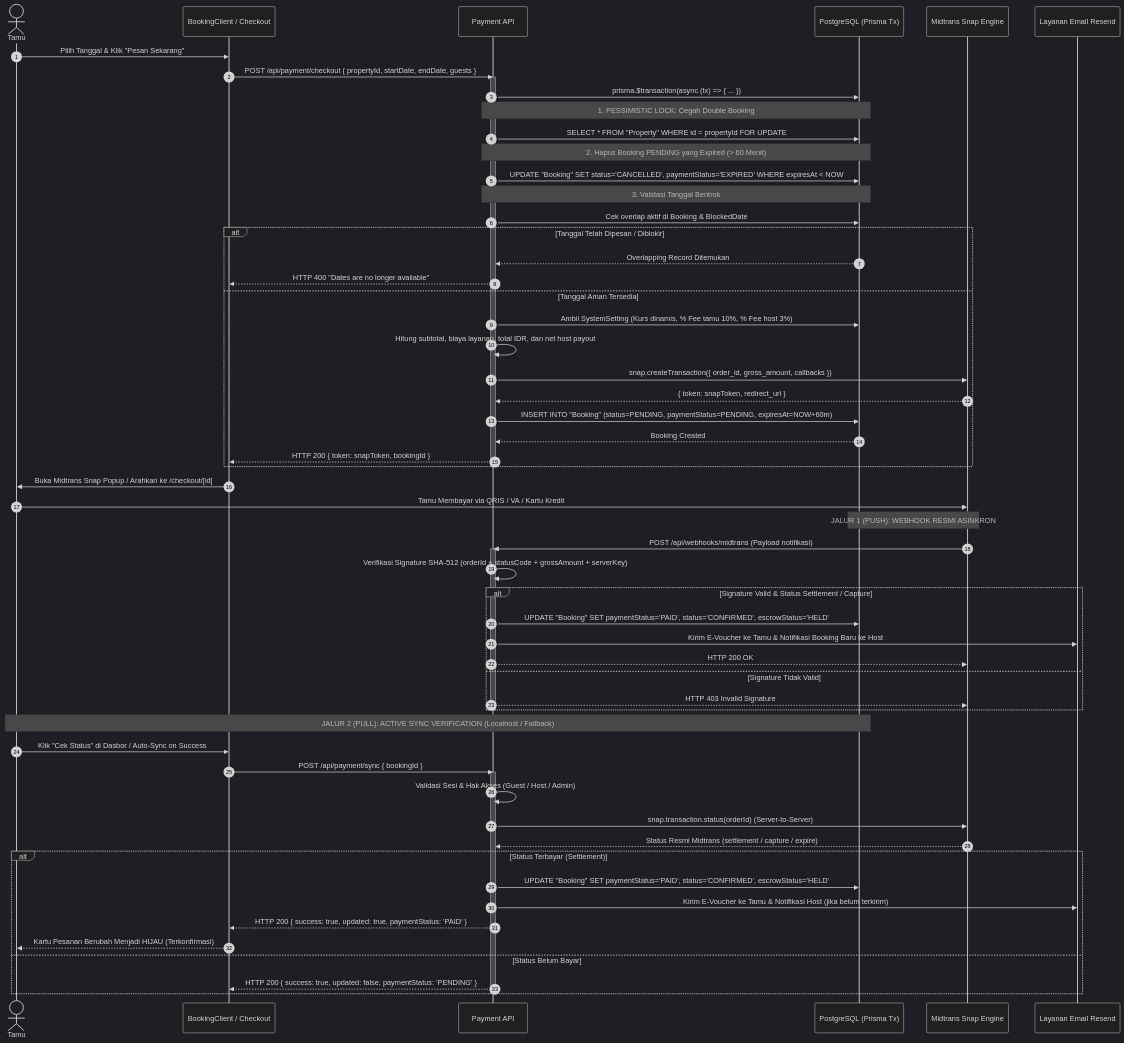
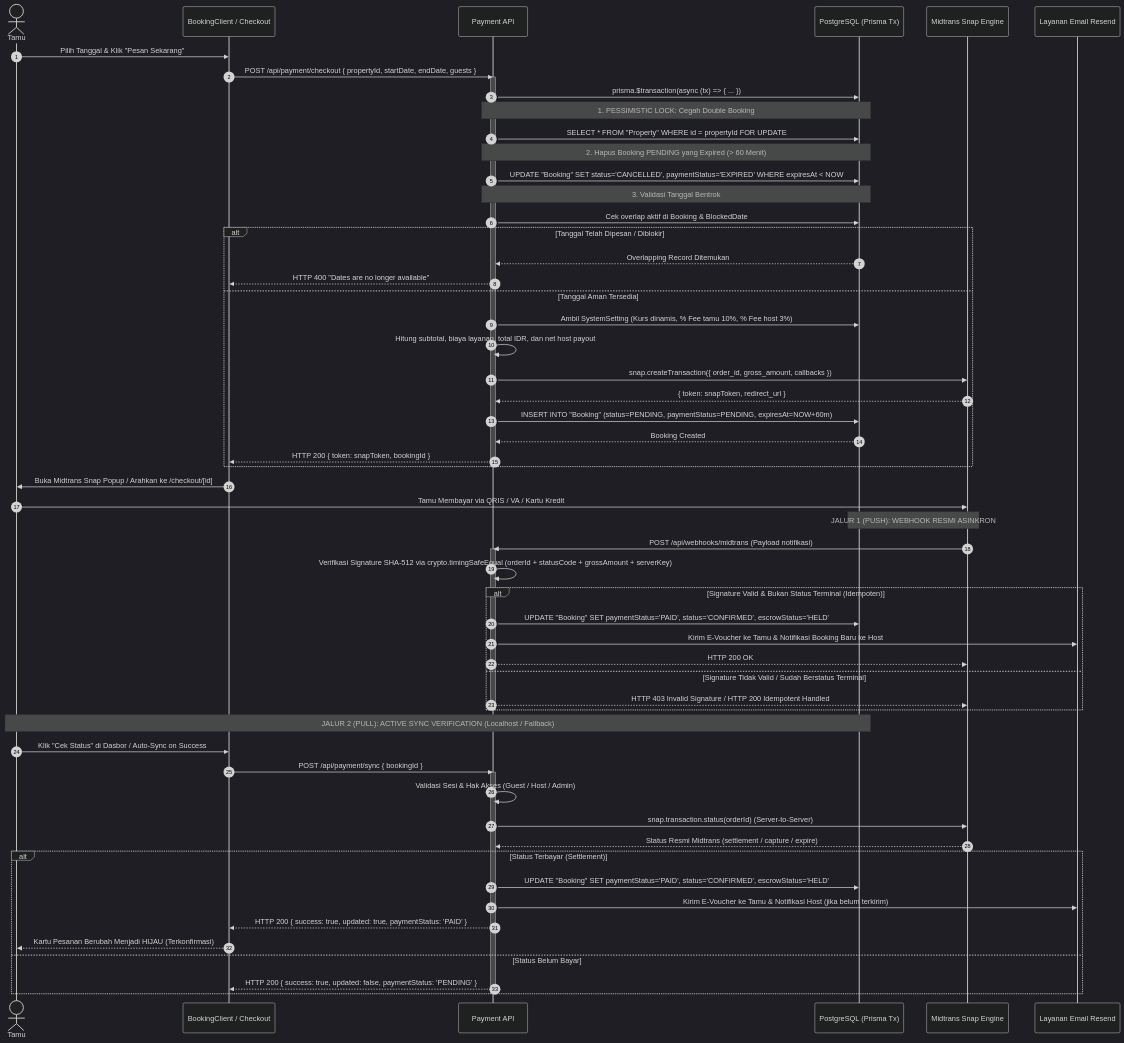
Before and after one commit to fadhilsyauqy/ruang-rehat-projects: the seventh of 9 diagrams in ARCHITECTURE.md, drawn with Mermaid (dark theme). The commit also changed other lines of this file and 1 other file, not shown here.

Commit message:
docs: synchronize system architecture and readme with backend security hardening

````diff
--- a/ARCHITECTURE.md
+++ b/ARCHITECTURE.md
@@ -511,73 +515,73 @@
 ```mermaid
 sequenceDiagram
     autonumber
     actor Guest as Tamu
     participant FE as BookingClient / Checkout
     participant API as Payment API
     participant DB as PostgreSQL (Prisma Tx)
     participant Midtrans as Midtrans Snap Engine
     participant Resend as Layanan Email Resend
 
     Guest->>FE: Pilih Tanggal & Klik "Pesan Sekarang"
     FE->>API: POST /api/payment/checkout { propertyId, startDate, endDate, guests }
     
     activate API
     API->>DB: prisma.$transaction(async (tx) => { ... })
     
     Note over API,DB: 1. PESSIMISTIC LOCK: Cegah Double Booking
     API->>DB: SELECT * FROM "Property" WHERE id = propertyId FOR UPDATE
     
     Note over API,DB: 2. Hapus Booking PENDING yang Expired (> 60 Menit)
     API->>DB: UPDATE "Booking" SET status='CANCELLED', paymentStatus='EXPIRED' WHERE expiresAt < NOW
     
     Note over API,DB: 3. Validasi Tanggal Bentrok
     API->>DB: Cek overlap aktif di Booking & BlockedDate
     
     alt Tanggal Telah Dipesan / Diblokir
         DB-->>API: Overlapping Record Ditemukan
         API-->>FE: HTTP 400 "Dates are no longer available"
     else Tanggal Aman Tersedia
         API->>DB: Ambil SystemSetting (Kurs dinamis, % Fee tamu 10%, % Fee host 3%)
         API->>API: Hitung subtotal, biaya layanan, total IDR, dan net host payout
         API->>Midtrans: snap.createTransaction({ order_id, gross_amount, callbacks })
         Midtrans-->>API: { token: snapToken, redirect_url }
         API->>DB: INSERT INTO "Booking" (status=PENDING, paymentStatus=PENDING, expiresAt=NOW+60m)
         DB-->>API: Booking Created
         API-->>FE: HTTP 200 { token: snapToken, bookingId }
     end
     deactivate API
 
     FE->>Guest: Buka Midtrans Snap Popup / Arahkan ke /checkout/[id]
     Guest->>Midtrans: Tamu Membayar via QRIS / VA / Kartu Kredit
     
     Note over Midtrans,DB: JALUR 1 (PUSH): WEBHOOK RESMI ASINKRON
     Midtrans->>API: POST /api/webhooks/midtrans (Payload notifikasi)
     activate API
-    API->>API: Verifikasi Signature SHA-512 (orderId + statusCode + grossAmount + serverKey)
+    API->>API: Verifikasi Signature SHA-512 via crypto.timingSafeEqual (orderId + statusCode + grossAmount + serverKey)
     
-    alt Signature Valid & Status Settlement / Capture
+    alt Signature Valid & Bukan Status Terminal (Idempoten)
         API->>DB: UPDATE "Booking" SET paymentStatus='PAID', status='CONFIRMED', escrowStatus='HELD'
         API->>Resend: Kirim E-Voucher ke Tamu & Notifikasi Booking Baru ke Host
         API-->>Midtrans: HTTP 200 OK
-    else Signature Tidak Valid
-        API-->>Midtrans: HTTP 403 Invalid Signature
+    else Signature Tidak Valid / Sudah Berstatus Terminal
+        API-->>Midtrans: HTTP 403 Invalid Signature / HTTP 200 Idempotent Handled
     end
     deactivate API
 
     Note over Guest,DB: JALUR 2 (PULL): ACTIVE SYNC VERIFICATION (Localhost / Fallback)
     Guest->>FE: Klik "Cek Status" di Dasbor / Auto-Sync on Success
     FE->>API: POST /api/payment/sync { bookingId }
     activate API
     API->>API: Validasi Sesi & Hak Akses (Guest / Host / Admin)
     API->>Midtrans: snap.transaction.status(orderId) (Server-to-Server)
     Midtrans-->>API: Status Resmi Midtrans (settlement / capture / expire)
     alt Status Terbayar (Settlement)
         API->>DB: UPDATE "Booking" SET paymentStatus='PAID', status='CONFIRMED', escrowStatus='HELD'
         API->>Resend: Kirim E-Voucher ke Tamu & Notifikasi Host (jika belum terkirim)
         API-->>FE: HTTP 200 { success: true, updated: true, paymentStatus: 'PAID' }
         FE-->>Guest: Kartu Pesanan Berubah Menjadi HIJAU (Terkonfirmasi)
     else Status Belum Bayar
         API-->>FE: HTTP 200 { success: true, updated: false, paymentStatus: 'PENDING' }
     end
     deactivate API
 ```
````
